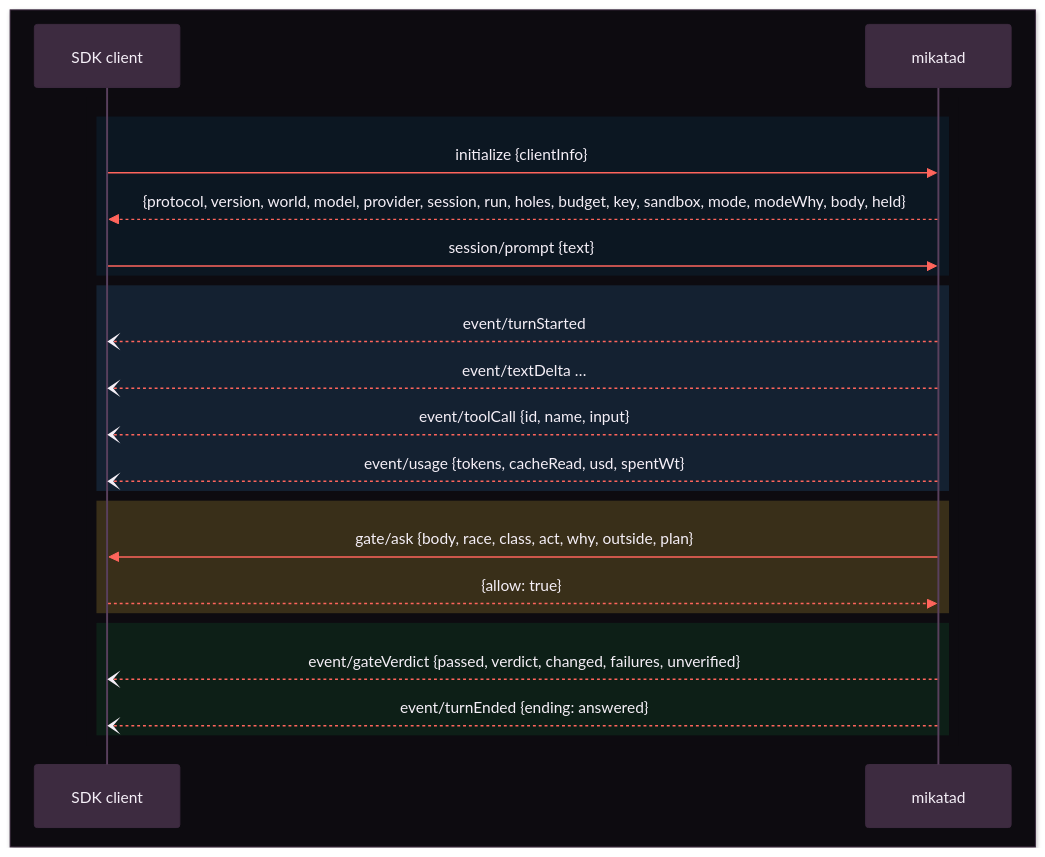
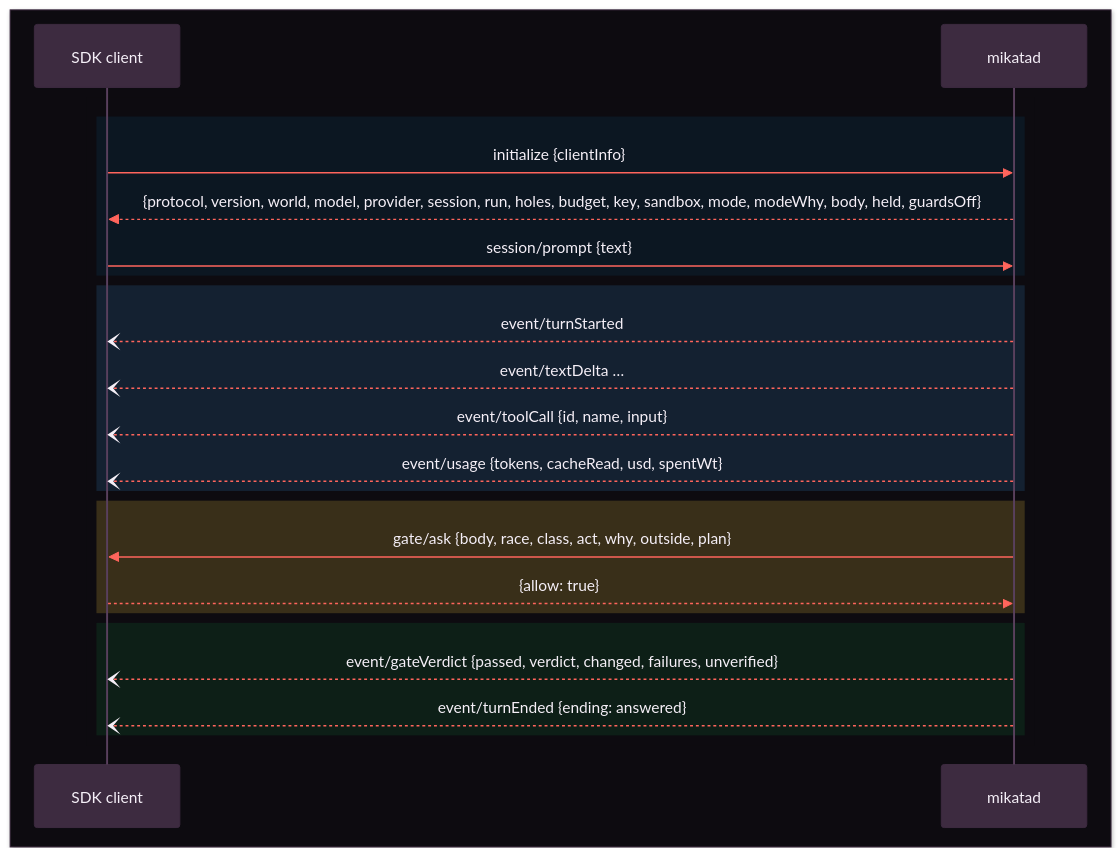
One commit to Kaginari/mikata changed the diagram in docs/04-protocol.md. Above: the diagram before and after it, drawn with Mermaid. The commit also changed other lines of this file and 36 other files, not shown here.

First line of the commit message:
the board's palettes and face; a new session starts in the builder; guards said by the session

````diff
--- a/docs/04-protocol.md
+++ b/docs/04-protocol.md
@@ -8,80 +8,80 @@
 ```mermaid
 ---
 config:
   theme: base
   themeVariables:
     darkMode: true
     background: "#0d0b10"
     fontFamily: "Inter, Segoe UI, system-ui, -apple-system, Helvetica, Arial, sans-serif"
     fontSize: "15px"
     primaryColor: "#3d2b40"
     primaryTextColor: "#f5eff7"
     primaryBorderColor: "#3d2b40"
     secondaryColor: "#59405d"
     secondaryTextColor: "#f5eff7"
     secondaryBorderColor: "#59405d"
     tertiaryColor: "#16111b"
     tertiaryTextColor: "#f5eff7"
     tertiaryBorderColor: "#3d2b40"
     lineColor: "#ff168a"
     textColor: "#f5eff7"
     titleColor: "#f5eff7"
     edgeLabelBackground: "#0d0b10"
     clusterBkg: "#16111b"
     clusterBorder: "#3d2b40"
     noteBkgColor: "#ffb020"
     noteTextColor: "#1a1205"
     noteBorderColor: "#ffb020"
     actorBkg: "#3d2b40"
     actorBorder: "#3d2b40"
     actorTextColor: "#f5eff7"
     actorLineColor: "#59405d"
     signalColor: "#ff655c"
     signalTextColor: "#f5eff7"
     labelBoxBkgColor: "#3d2b40"
     labelBoxBorderColor: "#3d2b40"
     labelTextColor: "#f5eff7"
     loopTextColor: "#f5eff7"
     activationBkgColor: "#ff168a"
     activationBorderColor: "#ff168a"
     sequenceNumberColor: "#0d0b10"
     transitionColor: "#ff168a"
     transitionLabelColor: "#f5eff7"
     stateLabelColor: "#f5eff7"
     stateBkg: "#3d2b40"
     labelBackgroundColor: "#0d0b10"
     compositeBackground: "#16111b"
     compositeTitleBackground: "#3d2b40"
     altBackground: "#16111b"
     specialStateColor: "#b6f542"
     innerEndBackground: "#b6f542"
   flowchart:
     wrappingWidth: 360
 ---
 sequenceDiagram
     box rgb(13, 11, 16)
       participant C as SDK client
       participant D as mikatad
     end
     rect rgb(13, 11, 16)
       rect rgba(2,132,199,0.10)
       C->>D: initialize {clientInfo}
-      D-->>C: {protocol, version, world, model, provider, session, run, holes, budget, key, sandbox, mode, modeWhy, body, held}
+      D-->>C: {protocol, version, world, model, provider, session, run, holes, budget, key, sandbox, mode, modeWhy, body, held, guardsOff}
       C->>D: session/prompt {text}
       end
       rect rgba(63,169,245,0.14)
       D--)C: event/turnStarted
       D--)C: event/textDelta …
       D--)C: event/toolCall {id, name, input}
       D--)C: event/usage {tokens, cacheRead, usd, spentWt}
       end
       rect rgba(212,175,55,0.22)
       D->>C: gate/ask {body, race, class, act, why, outside, plan}
       C-->>D: {allow: true}
       end
       rect rgba(22,163,74,0.13)
       D--)C: event/gateVerdict {passed, verdict, changed, failures, unverified}
       D--)C: event/turnEnded {ending: answered}
       end
     end
 ```
````
